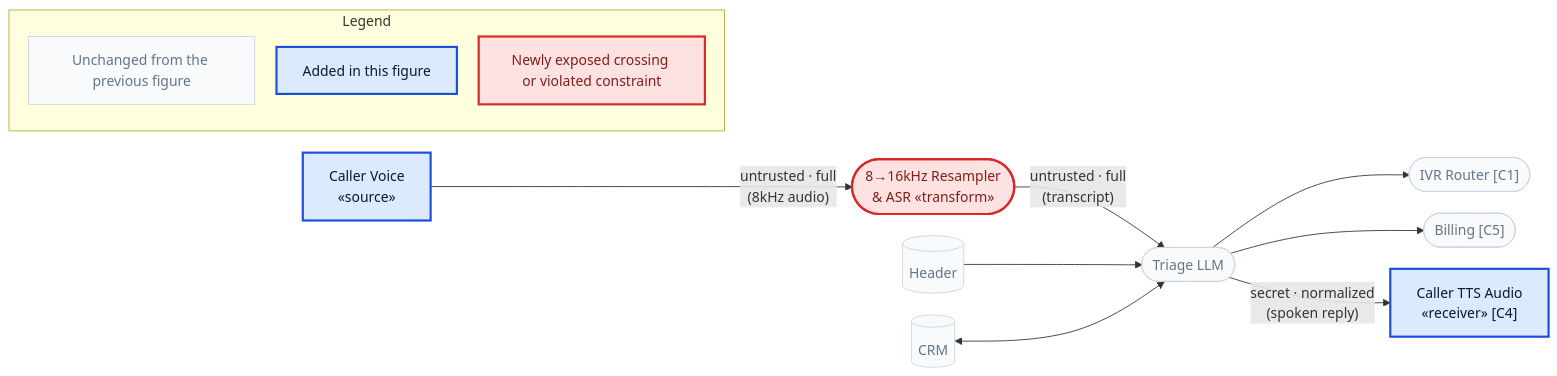
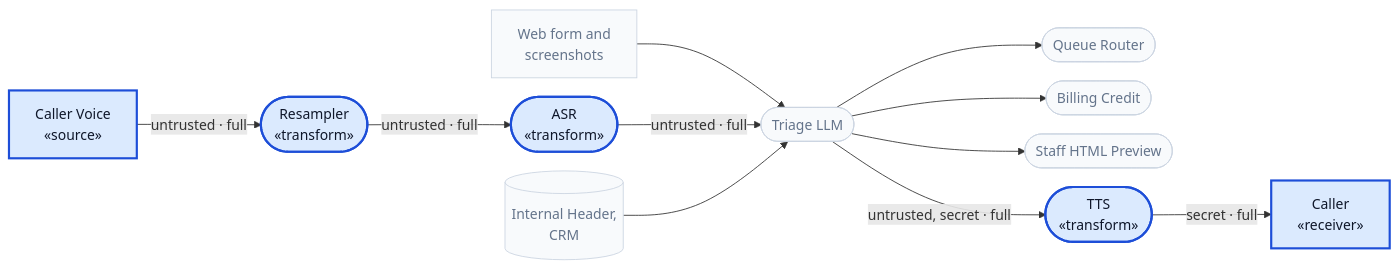
One commit to cosai-oasis/ws4-secure-design-agentic-systems changed the tenth of 12 diagrams in whitepapers/modality_agnostic_taxonomy.md. Above: the diagram before and after it, drawn with Mermaid. The commit also changed other lines of this file, not shown here.

````diff
--- a/whitepapers/modality_agnostic_taxonomy.md
+++ b/whitepapers/modality_agnostic_taxonomy.md
@@ -1020,21 +982,26 @@
 ```mermaid
-%%{init: {"flowchart": {"nodeSpacing": 25, "rankSpacing": 36}}}%%
+%%{init: {"flowchart": {"nodeSpacing": 22, "rankSpacing": 32}}}%%
 flowchart LR
-    CAL["Caller Voice<br/>«source»"]:::added -- "untrusted · full<br/>(8kHz audio)" --> ASR(["8→16kHz Resampler<br/>& ASR «transform»"]):::exposed
-    ASR -- "untrusted · full<br/>(transcript)" --> LLM(["Triage LLM"]):::muted
+    WEB["Web form and<br/>screenshots"]:::muted
+    CALL["Caller Voice<br/>«source»"]:::added
+    RSM(["Resampler<br/>«transform»"]):::added
+    ASR(["ASR<br/>«transform»"]):::added
+    LLM(["Triage LLM"]):::muted
+    SEC[("Internal Header,<br/>CRM")]:::muted
+    RTR(["Queue Router"]):::muted
+    BIL(["Billing Credit"]):::muted
+    PRV(["Staff HTML Preview"]):::muted
+    TTS(["TTS<br/>«transform»"]):::added
+    CLR["Caller<br/>«receiver»"]:::added
 
-    HDR[("Header")]:::muted --> LLM
-    CRM[("CRM")]:::muted <--> LLM
-    LLM --> RTR(["IVR Router [C1]"]):::muted
-    LLM --> BIL(["Billing [C5]"]):::muted
-    LLM -- "secret · normalized<br/>(spoken reply)" --> TTS["Caller TTS Audio<br/>«receiver» [C4]"]:::added
+    WEB --> LLM
+    CALL -- "untrusted · full" --> RSM -- "untrusted · full" --> ASR -- "untrusted · full" --> LLM
+    SEC --> LLM
+    LLM --> RTR
+    LLM --> BIL
+    LLM --> PRV
+    LLM -- "untrusted, secret · full" --> TTS -- "secret · full" --> CLR
 
-    subgraph KEY["Legend"]
-        KEY_muted["Unchanged from the previous figure"]:::muted
-        KEY_added["Added in this figure"]:::added
-        KEY_exposed["Newly exposed crossing or violated constraint"]:::exposed
-    end
     classDef muted fill:#f8fafc,stroke:#cbd5e1,stroke-width:1px,color:#64748b
     classDef added fill:#dbeafe,stroke:#1d4ed8,stroke-width:2.5px,color:#0f172a
-    classDef exposed fill:#fee2e2,stroke:#dc2626,stroke-width:2.5px,color:#7f1d1d
 ```
````
